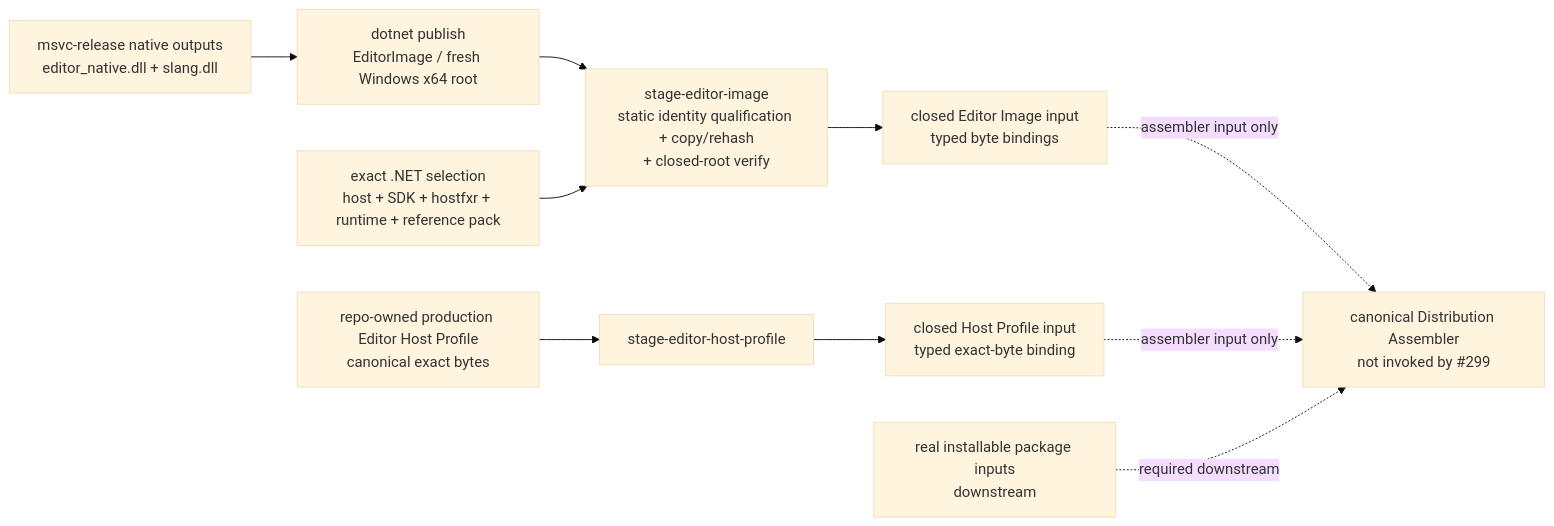
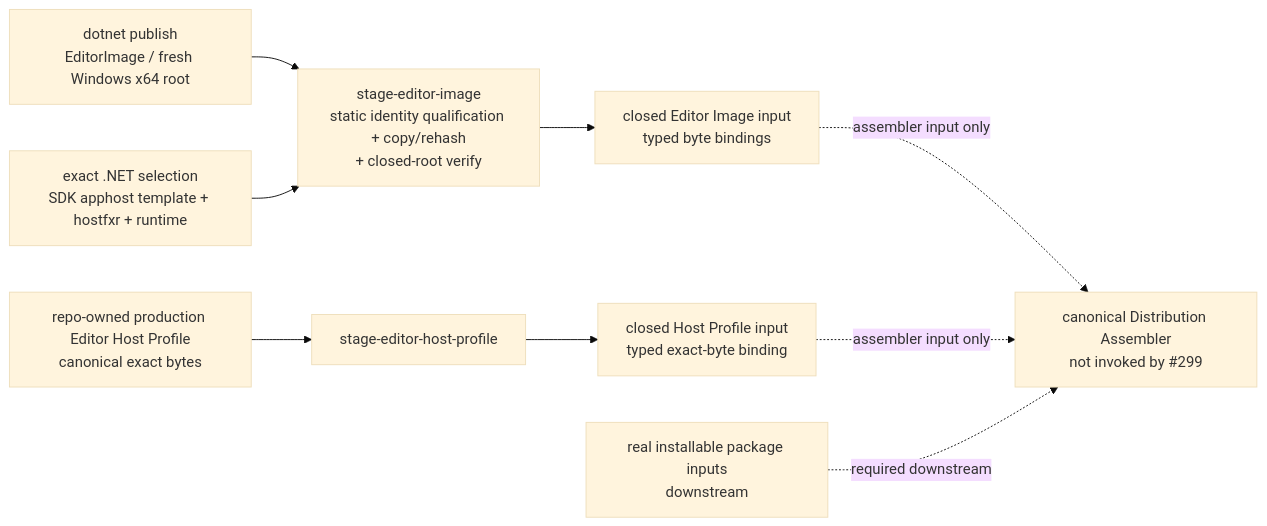
The fifth of 23 diagrams in docs/architecture/flow.md (66six11/Engine), drawn with Mermaid (base theme) before and after one commit. The commit also changed other lines of this file and 691 other files, not shown here.

Commit message:
feat: hard cut studio architecture

````diff
--- a/docs/architecture/flow.md
+++ b/docs/architecture/flow.md
@@ -327,23 +327,21 @@
 ```mermaid
 flowchart LR
-    Native["msvc-release native outputs<br/>editor_native.dll + slang.dll"]
     Publish["dotnet publish<br/>EditorImage / fresh Windows x64 root"]
-    DotNet["exact .NET selection<br/>host + SDK + hostfxr + runtime + reference pack"]
+    DotNet["exact .NET selection<br/>SDK apphost template + hostfxr + runtime"]
     ImageProducer["stage-editor-image<br/>static identity qualification + copy/rehash<br/>+ closed-root verify"]
     ImageInput["closed Editor Image input<br/>typed byte bindings"]
     ProfileSource["repo-owned production Editor Host Profile<br/>canonical exact bytes"]
     ProfileProducer["stage-editor-host-profile"]
     ProfileInput["closed Host Profile input<br/>typed exact-byte binding"]
     Packages["real installable package inputs<br/>downstream"]
     Assembler["canonical Distribution Assembler<br/>not invoked by #299"]
 
-    Native --> Publish
     Publish --> ImageProducer
     DotNet --> ImageProducer
     ImageProducer --> ImageInput
     ProfileSource --> ProfileProducer
     ProfileProducer --> ProfileInput
     ImageInput -.assembler input only.-> Assembler
     ProfileInput -.assembler input only.-> Assembler
     Packages -.required downstream.-> Assembler
 ```
````
